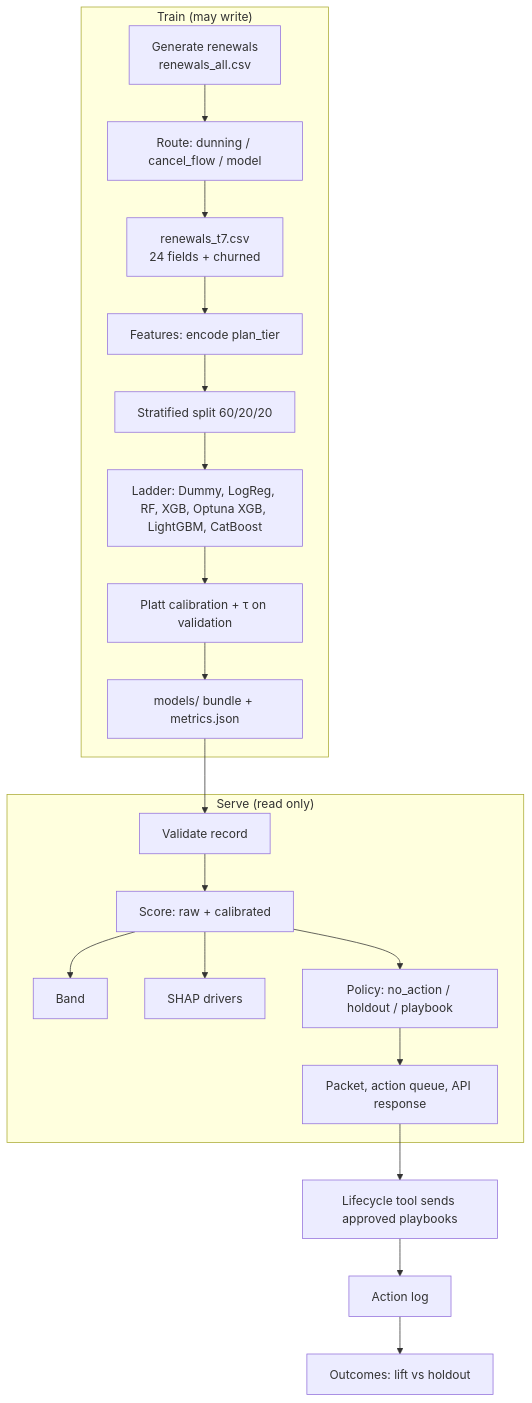
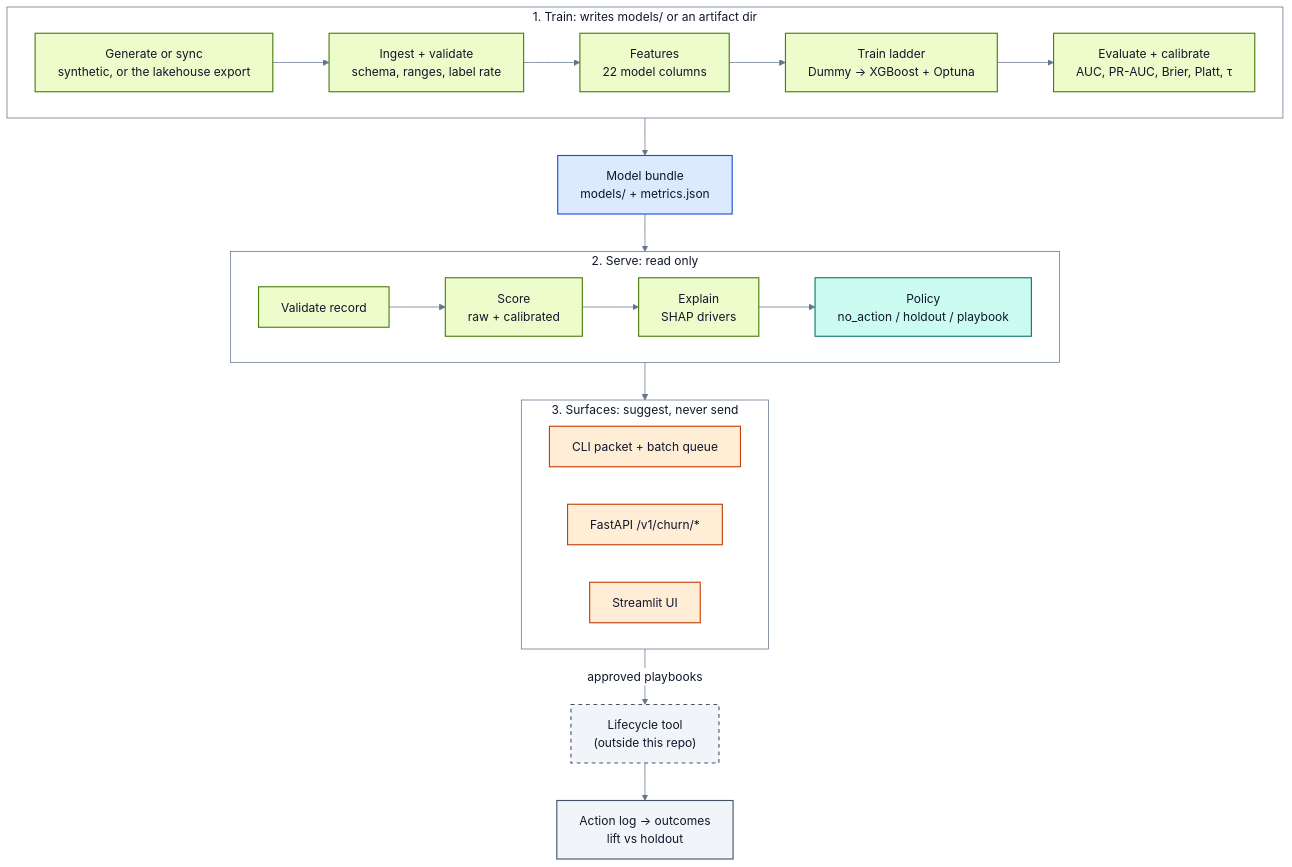
One commit to santoshshinde2012/retention-radar changed the diagram in docs/architecture.md. Above: the diagram before and after it, drawn with Mermaid. The commit also changed other lines of this file and 63 other files, not shown here.

````diff
--- a/docs/architecture.md
+++ b/docs/architecture.md
@@ -12,25 +14,44 @@
 ```mermaid
+%%{init: {"theme": "base", "flowchart": {"wrappingWidth": 360}, "themeVariables": {"primaryColor": "#CCFBF1", "primaryTextColor": "#0F172A", "primaryBorderColor": "#0F766E", "lineColor": "#64748B", "textColor": "#0F172A", "edgeLabelBackground": "#FFFFFF", "clusterBkg": "#FFFFFF", "clusterBorder": "#64748B", "titleColor": "#0F172A", "attributeBackgroundColorOdd": "#FFFFFF", "attributeBackgroundColorEven": "#F0FDFA", "relationColor": "#64748B", "relationLabelBackground": "#FFFFFF", "relationLabelColor": "#0F172A"}}}%%
 flowchart TB
-  subgraph offline ["Train (may write)"]
-    A["Generate renewals<br/>renewals_all.csv"] --> R["Route: dunning / cancel_flow / model"]
-    R --> B["renewals_t7.csv<br/>24 fields + churned"]
-    B --> C["Features: encode plan_tier"]
-    C --> D["Stratified split 60/20/20"]
-    D --> E["Ladder: Dummy, LogReg, RF, XGB, Optuna XGB, LightGBM, CatBoost"]
-    E --> F["Platt calibration + τ on validation"]
-    F --> G["models/ bundle + metrics.json"]
+  subgraph train ["1. Train: writes models/ or an artifact dir"]
+    direction LR
+    G["Generate or sync<br/>synthetic, or the lakehouse export"] --> I["Ingest + validate<br/>schema, ranges, label rate"]
+    I --> F["Features<br/>22 model columns"]
+    F --> T["Train ladder<br/>Dummy → XGBoost + Optuna"]
+    T --> E["Evaluate + calibrate<br/>AUC, PR-AUC, Brier, Platt, τ"]
   end
-
-  subgraph online ["Serve (read only)"]
-    G --> H["Validate record"]
-    H --> I["Score: raw + calibrated"]
-    I --> K["Band"]
-    I --> L["SHAP drivers"]
-    I --> P["Policy: no_action / holdout / playbook"]
-    P --> Q["Packet, action queue, API response"]
+  B["Model bundle<br/>models/ + metrics.json"]
+  subgraph serve ["2. Serve: read only"]
+    direction LR
+    V["Validate record"] --> S["Score<br/>raw + calibrated"]
+    S --> X["Explain<br/>SHAP drivers"]
+    X --> P["Policy<br/>no_action / holdout / playbook"]
   end
-
-  Q --> T["Lifecycle tool sends approved playbooks"]
-  T --> U["Action log"]
-  U --> V["Outcomes: lift vs holdout"]
+  subgraph out ["3. Surfaces: suggest, never send"]
+    direction LR
+    C["CLI packet + batch queue"]
+    A["FastAPI /v1/churn/*"]
+    U["Streamlit UI"]
+  end
+  L["Lifecycle tool<br/>(outside this repo)"]
+  O["Action log → outcomes<br/>lift vs holdout"]
+  train --> B
+  B --> serve
+  serve --> out
+  out -->|"approved playbooks"| L
+  L --> O
+  classDef storage fill:#DBEAFE,stroke:#1D4ED8,color:#0F172A,stroke-width:1.5px
+  classDef catalog fill:#FEF3C7,stroke:#B45309,color:#0F172A,stroke-width:1.5px
+  classDef compute fill:#ECFCCB,stroke:#4D7C0F,color:#0F172A,stroke-width:1.5px
+  classDef orchestration fill:#FCE7F3,stroke:#BE185D,color:#0F172A,stroke-width:1.5px
+  classDef graphlayer fill:#CCFBF1,stroke:#0F766E,color:#0F172A,stroke-width:1.5px
+  classDef consumer fill:#FFEDD5,stroke:#C2410C,color:#0F172A,stroke-width:1.5px
+  classDef data fill:#F1F5F9,stroke:#475569,color:#0F172A,stroke-width:1.5px
+  class G,I,F,T,E,V,S,X compute
+  class B storage
+  class P graphlayer
+  class C,A,U consumer
+  class L,O data
+  style L stroke-dasharray:5 5
 ```
````
